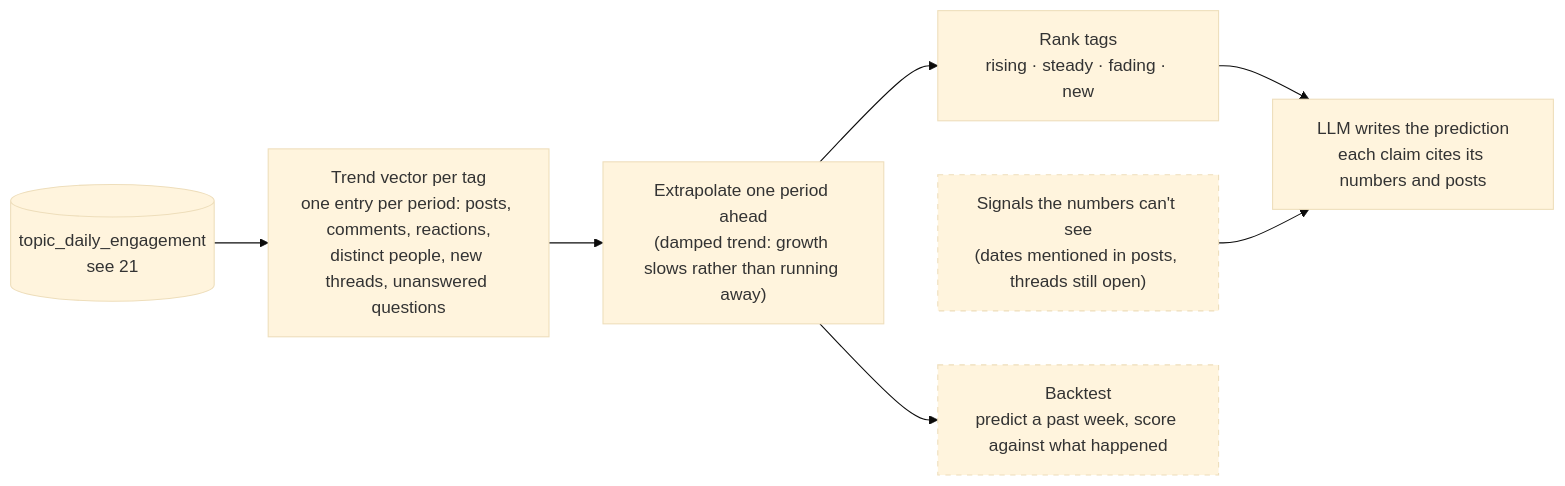
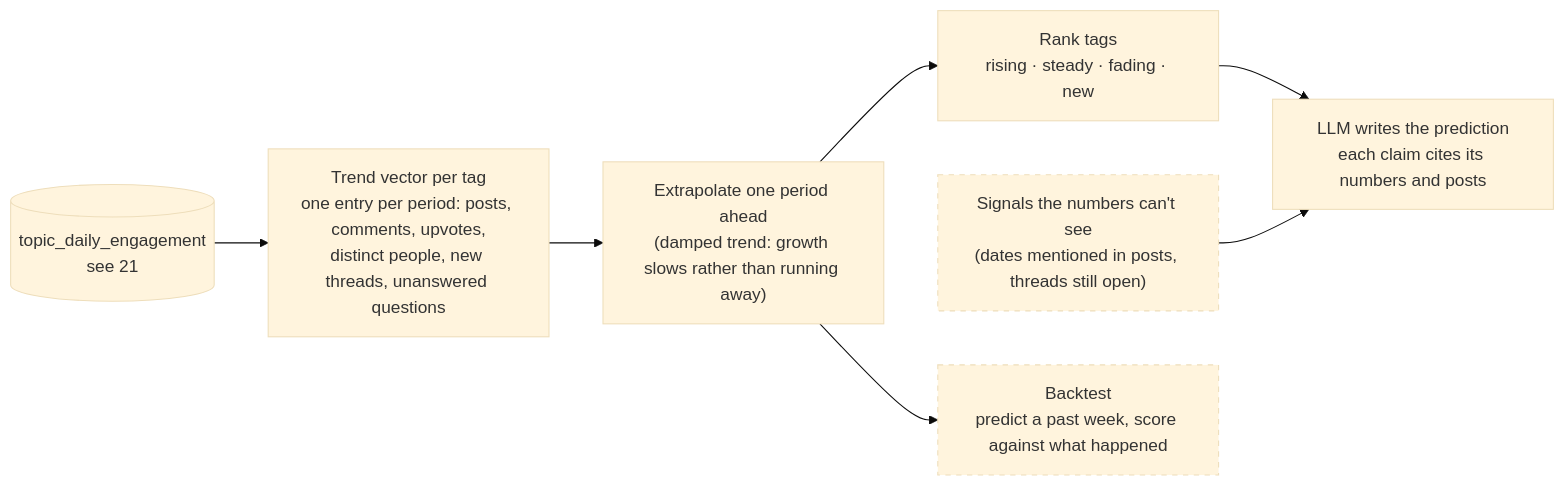
One commit to brianaderer/transcendent changed the diagram in docs/atlas/50-prediction.md. Above: the diagram before and after it, drawn with Mermaid (base theme). The commit also changed other lines of this file and 4 other files, not shown here.

````diff
--- a/docs/atlas/50-prediction.md
+++ b/docs/atlas/50-prediction.md
@@ -13,16 +13,16 @@
 ```mermaid
 flowchart LR
     ENG[("topic_daily_engagement<br/>see 21")]
-    VEC["Trend vector per tag<br/>one entry per period: posts, comments, reactions,<br/>distinct people, new threads, unanswered questions"]
+    VEC["Trend vector per tag<br/>one entry per period: posts, comments, upvotes,<br/>distinct people, new threads, unanswered questions"]
     FIT["Extrapolate one period ahead<br/>(damped trend: growth slows rather than running away)"]
     RANK["Rank tags<br/>rising · steady · fading · new"]
     CTX["Signals the numbers can't see<br/>(dates mentioned in posts, threads still open)"]
     LLM["LLM writes the prediction<br/>each claim cites its numbers and posts"]
     BT["Backtest<br/>predict a past week, score against what happened"]
 
     ENG --> VEC --> FIT --> RANK --> LLM
     CTX --> LLM
     FIT --> BT
     classDef open stroke-dasharray: 5 5
     class CTX,BT open
 ```
````
